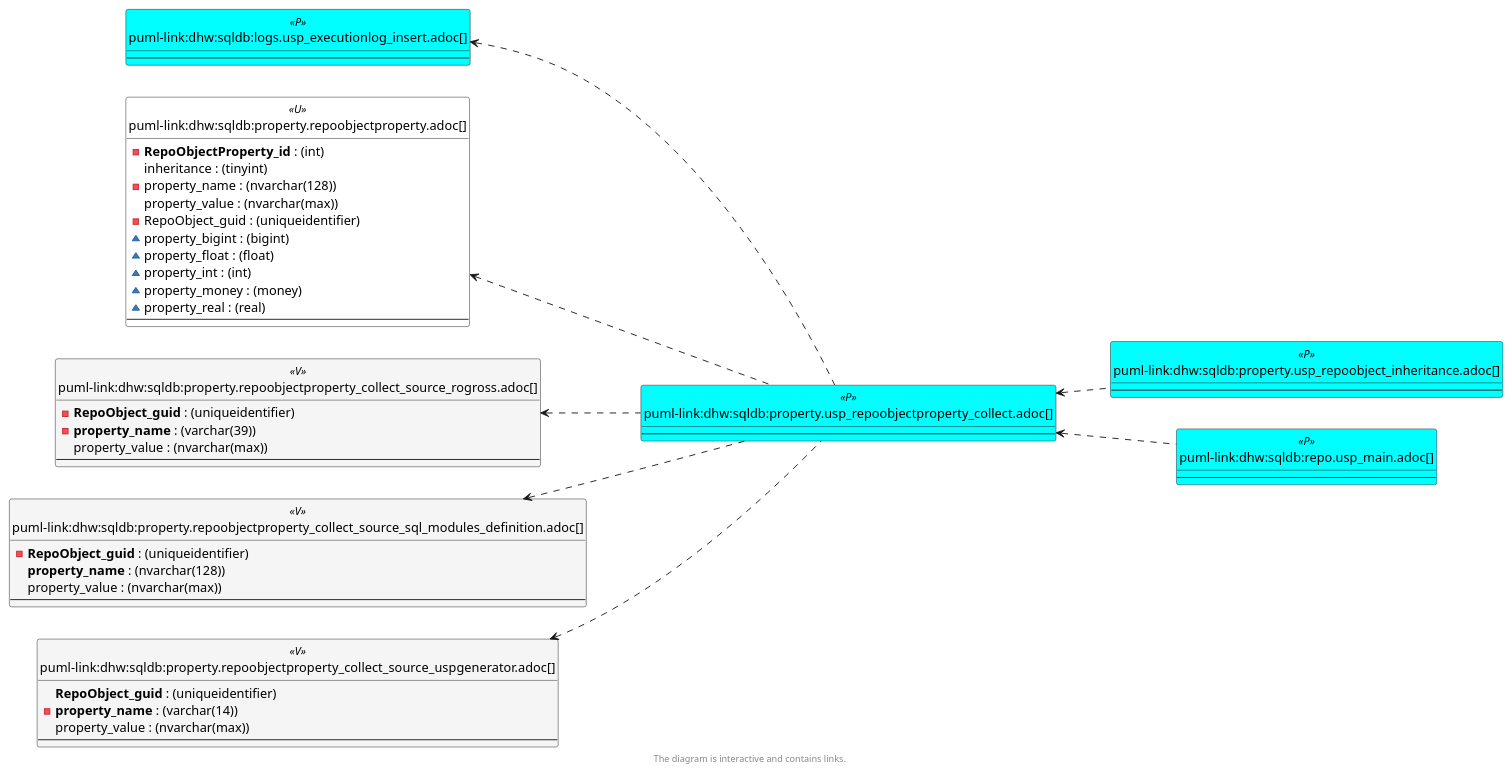
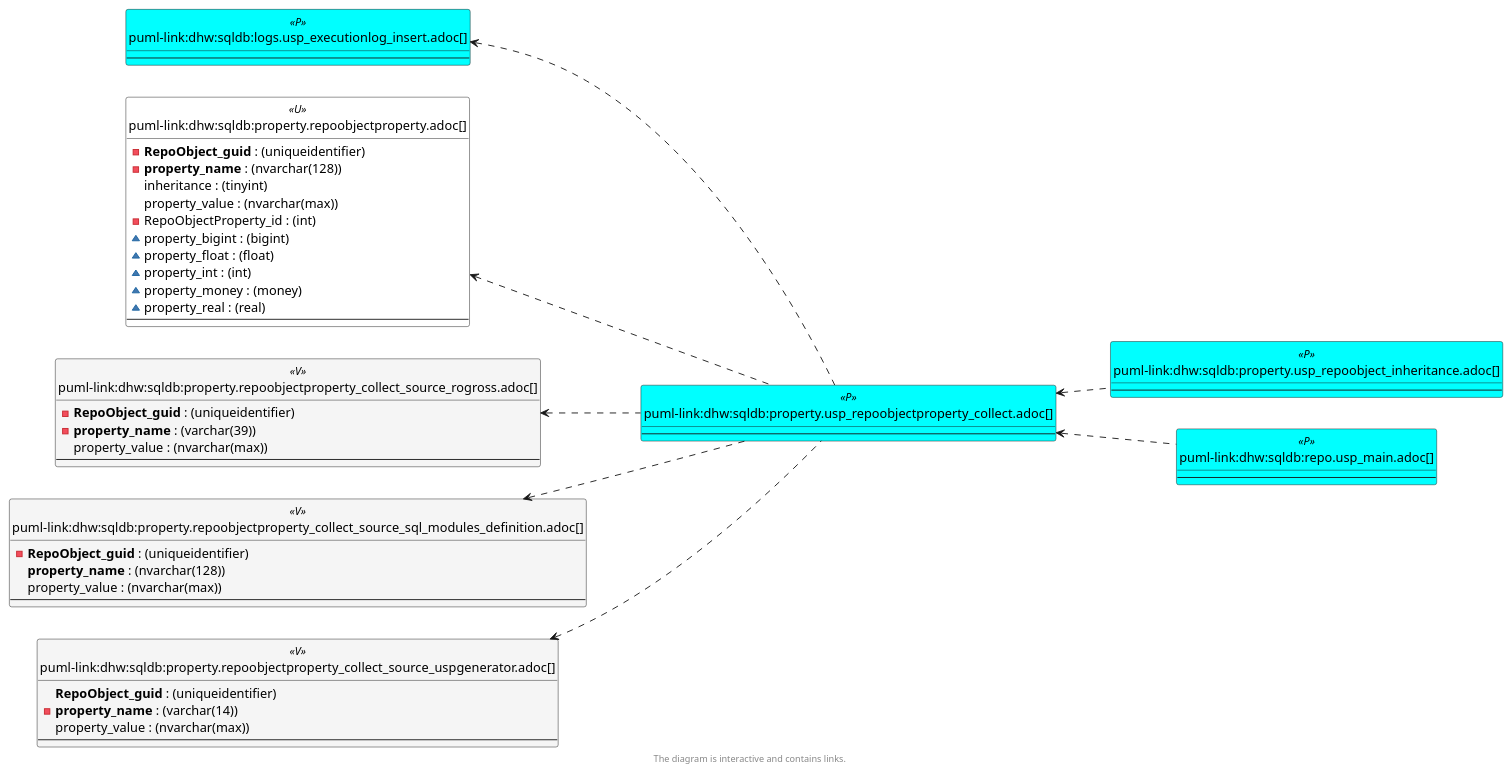
The sixth of 6 diagrams in docs/modules/sqldb/partials/content/property.usp_repoobjectproperty_collect.adoc (DataHandwerk/dhw-antora-sqldb), drawn with PlantUML before and after one commit. The commit also changed other lines of this file and 751 other files, not shown here.

```diff
--- a/docs/modules/sqldb/partials/content/property.usp_repoobjectproperty_collect.adoc
+++ b/docs/modules/sqldb/partials/content/property.usp_repoobjectproperty_collect.adoc
@@ -2238,11 +2252,11 @@
 }
 
 entity "puml-link:dhw:sqldb:property.repoobjectproperty.adoc[]" as property.RepoObjectProperty << U >> {
-  - **RepoObjectProperty_id** : (int)
+  - **RepoObject_guid** : (uniqueidentifier)
+  - **property_name** : (nvarchar(128))
   inheritance : (tinyint)
-  - property_name : (nvarchar(128))
   property_value : (nvarchar(max))
-  - RepoObject_guid : (uniqueidentifier)
+  - RepoObjectProperty_id : (int)
   ~ property_bigint : (bigint)
   ~ property_float : (float)
   ~ property_int : (int)
@@ -2289,8 +2303,8 @@
 property.RepoObjectProperty_Collect_source_ROGross <.. property.usp_RepoObjectProperty_collect
 property.RepoObjectProperty_Collect_source_sql_modules_definition <.. property.usp_RepoObjectProperty_collect
 property.RepoObjectProperty_Collect_source_uspgenerator <.. property.usp_RepoObjectProperty_collect
+property.usp_RepoObjectProperty_collect <.. repo.usp_main
 property.usp_RepoObjectProperty_collect <.. property.usp_RepoObject_Inheritance
-property.usp_RepoObjectProperty_collect <.. repo.usp_main
 
 
 footer The diagram is interactive and contains links.
```
